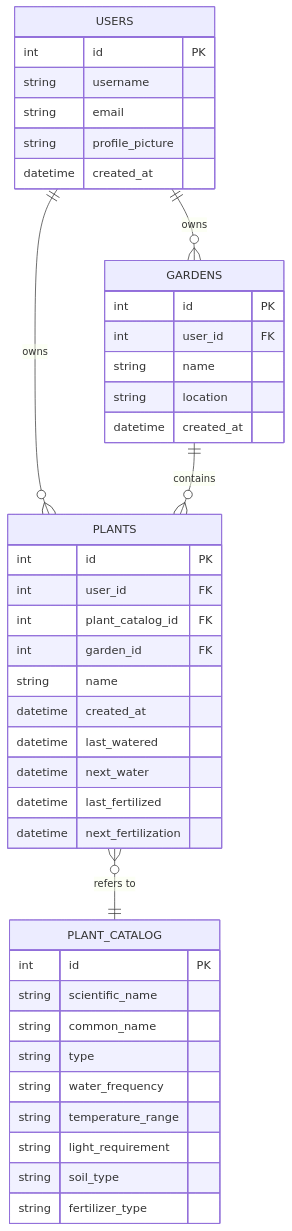
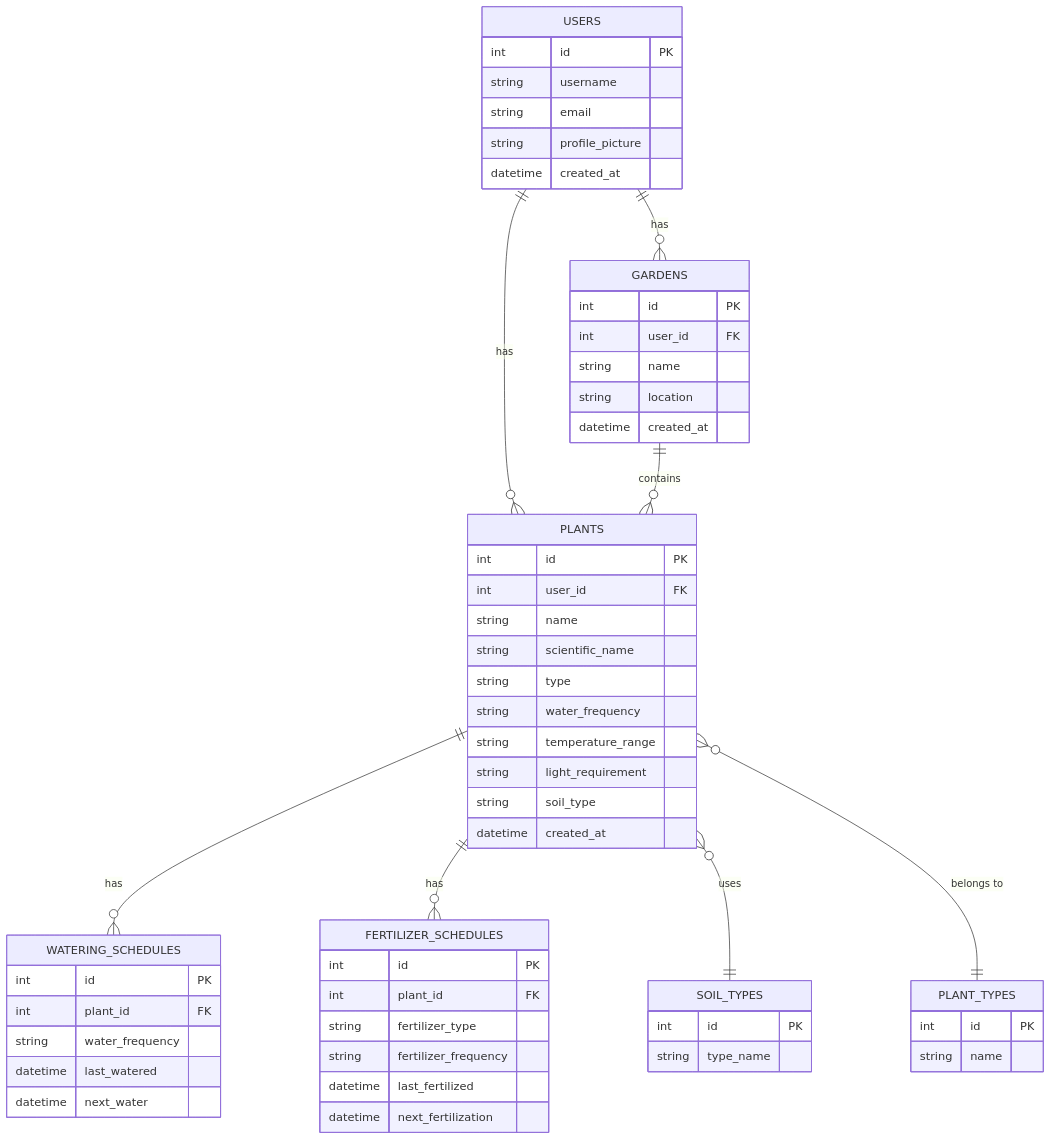
One commit to Green-Fingers-App/gardeningApp changed the diagram in docs/_posts/2024-11-14-database.md. Above: the diagram before and after it, drawn with Mermaid. The commit also changed 24 other files, not shown here.

````diff
--- a/docs/_posts/2024-11-14-database.md
+++ b/docs/_posts/2024-11-14-database.md
@@ -8,46 +8,60 @@
-```mermaid
+<div class="mermaid">
 erDiagram
     USERS {
         int id PK
         string username
         string email
         string profile_picture
         datetime created_at
     }
-    PLANT_CATALOG {
+    PLANTS {
         int id PK
+        int user_id FK
+        string name
         string scientific_name
-        string common_name
         string type
         string water_frequency
         string temperature_range
         string light_requirement
         string soil_type
-        string fertilizer_type
-    }
-    PLANTS {
-        int id PK
-        int user_id FK
-        int plant_catalog_id FK
-        int garden_id FK
-        string name
         datetime created_at
-        datetime last_watered
-        datetime next_water
-        datetime last_fertilized
-        datetime next_fertilization
     }
     GARDENS {
         int id PK
         int user_id FK
         string name
         string location
         datetime created_at
     }
+    WATERING_SCHEDULES {
+        int id PK
+        int plant_id FK
+        string water_frequency
+        datetime last_watered
+        datetime next_water
+    }
+    FERTILIZER_SCHEDULES {
+        int id PK
+        int plant_id FK
+        string fertilizer_type
+        string fertilizer_frequency
+        datetime last_fertilized
+        datetime next_fertilization
+    }
+    SOIL_TYPES {
+        int id PK
+        string type_name
+    }
+    PLANT_TYPES {
+        int id PK
+        string name
+    }
 
-    %% Relationships
-    USERS ||--o{ PLANTS : "owns"
-    USERS ||--o{ GARDENS : "owns"
-    PLANTS }o--|| PLANT_CATALOG : "refers to"
+    USERS ||--o{ PLANTS : "has"
+    USERS ||--o{ GARDENS : "has"
+    PLANTS ||--o{ WATERING_SCHEDULES : "has"
+    PLANTS ||--o{ FERTILIZER_SCHEDULES : "has"
+    PLANTS }o--|| SOIL_TYPES : "uses"
+    PLANTS }o--|| PLANT_TYPES : "belongs to"
     GARDENS ||--o{ PLANTS : "contains"
-```
+</div>
````
